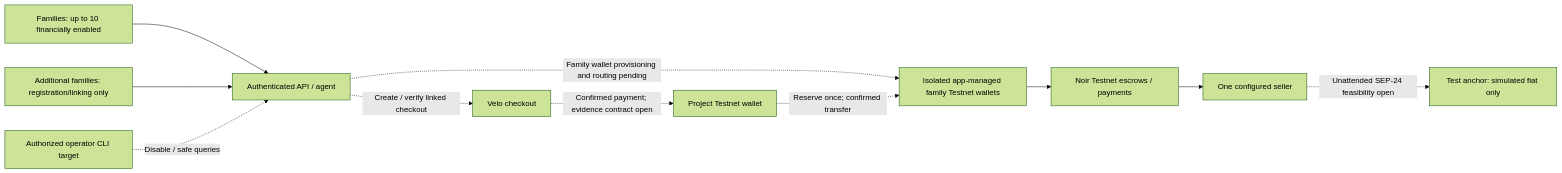
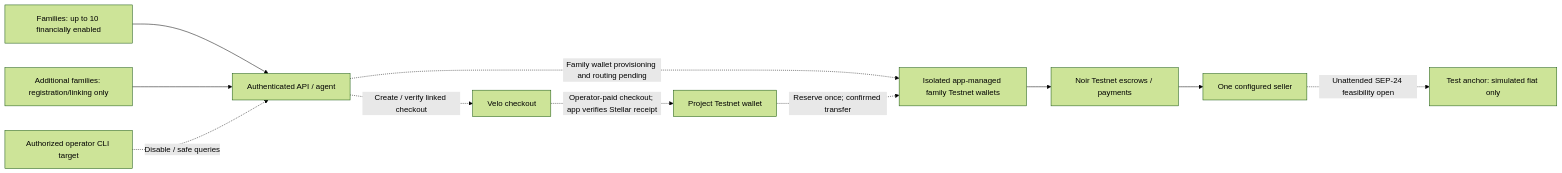
The first of 4 diagrams in docs/architecture.md (DiceTL/PadalaPocket), drawn with Mermaid (forest theme) before and after one commit. The commit also changed other lines of this file and 50 other files, not shown here.

````diff
--- a/docs/architecture.md
+++ b/docs/architecture.md
@@ -11,13 +11,13 @@
 ```mermaid
 flowchart LR
     Families["Families: up to 10 financially enabled"] --> API["Authenticated API / agent"]
     Others["Additional families: registration/linking only"] --> API
     API -. "Family wallet provisioning and routing pending" .-> Wallets["Isolated app-managed family Testnet wallets"]
     API -. "Create / verify linked checkout" .-> Velo["Velo checkout"]
-    Velo -. "Confirmed payment; evidence contract open" .-> Pool["Project Testnet wallet"]
+    Velo -. "Operator-paid checkout; app verifies Stellar receipt" .-> Pool["Project Testnet wallet"]
     Pool -. "Reserve once; confirmed transfer" .-> Wallets
     Wallets --> Noir["Noir Testnet escrows / payments"]
     Noir --> Seller["One configured seller"]
     Seller -. "Unattended SEP-24 feasibility open" .-> Anchor["Test anchor: simulated fiat only"]
     Operator["Authorized operator CLI target"] -. "Disable / safe queries" .-> API
 ```
````
